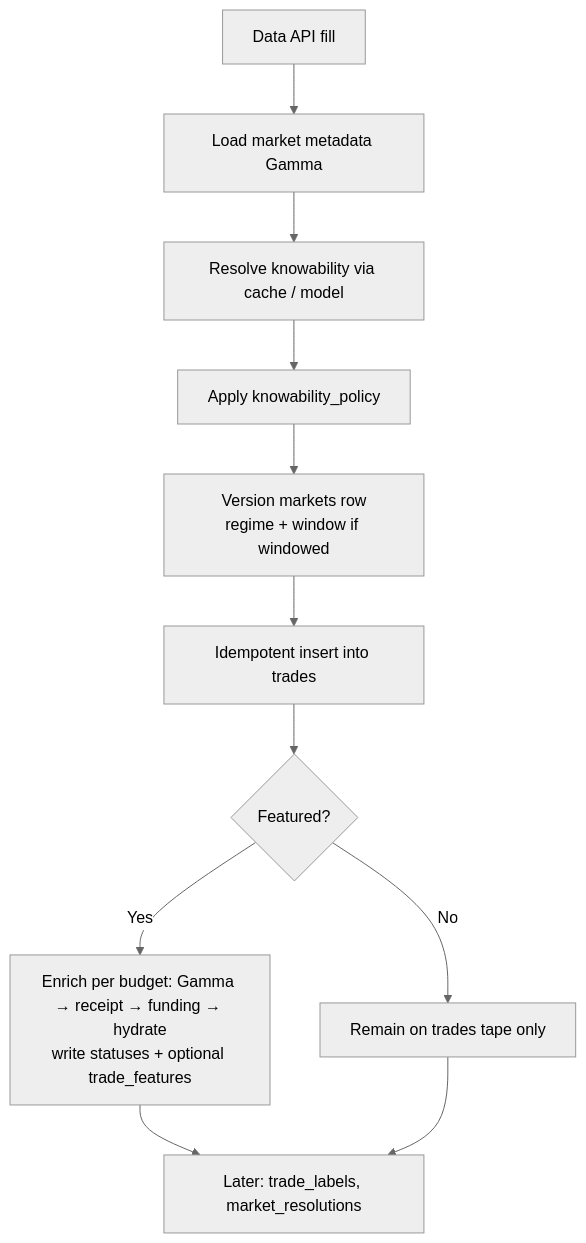
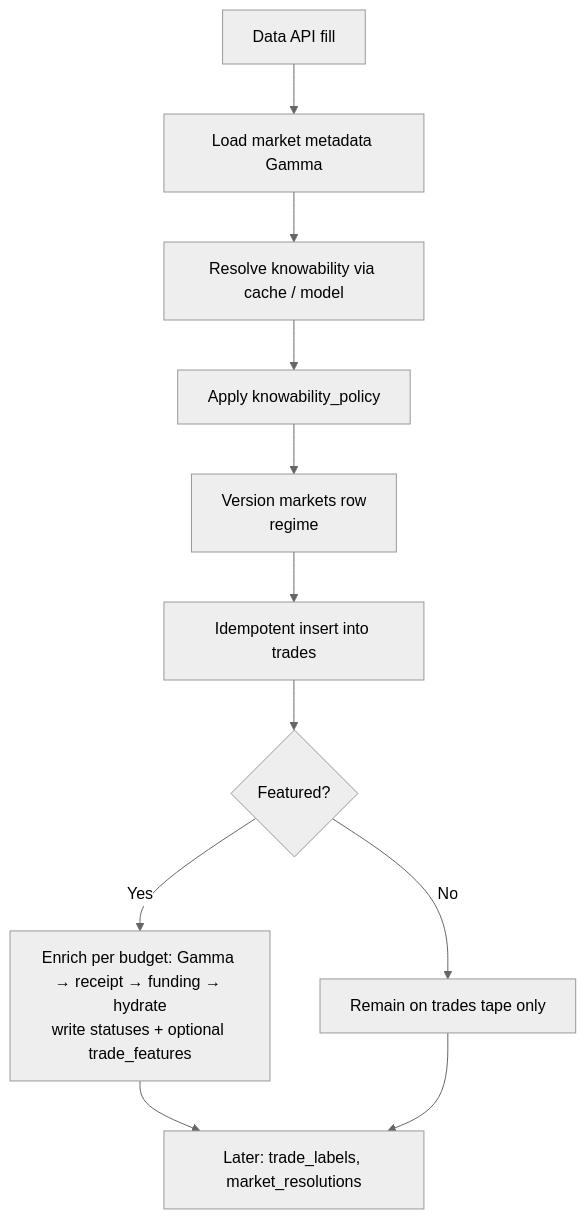
One commit to jacobrichman27/polymarket-insider-tracker changed the fifth of 5 diagrams in Data.md. Above: the diagram before and after it, drawn with Mermaid (neutral theme). The commit also changed other lines of this file and 20 other files, not shown here.

````diff
--- a/Data.md
+++ b/Data.md
@@ -542,13 +533,13 @@
 ```mermaid
 flowchart TD
   A[Data API fill] --> B[Load market metadata Gamma]
   B --> C[Resolve knowability via cache / model]
   C --> D[Apply knowability_policy]
-  D --> F[Version markets row<br/>regime + window if windowed]
+  D --> F[Version markets row<br/>regime]
   F --> G[Idempotent insert into trades]
   G --> H{Featured?}
   H -->|Yes| I[Enrich per budget: Gamma → receipt → funding → hydrate<br/>write statuses + optional trade_features]
   H -->|No| J[Remain on trades tape only]
   I --> K[Later: trade_labels, market_resolutions]
   J --> K
 ```
````
